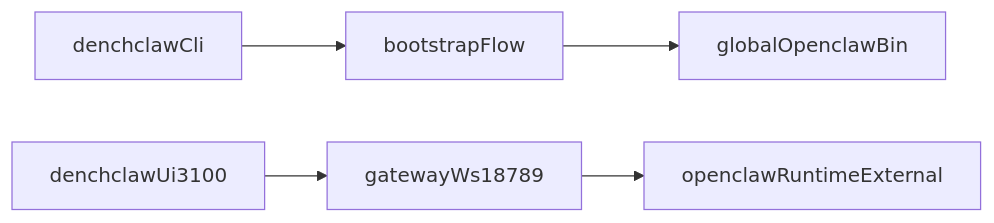
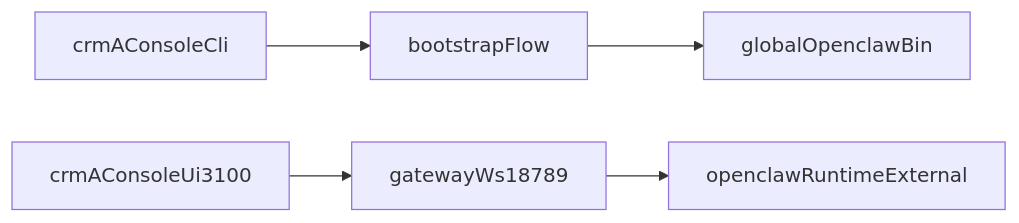
Before and after one commit to TopCS/crmaconsole: the diagram in .cursor/plans/strict-external-openclaw_7c0d1717.plan.md, drawn with Mermaid. The commit also changed other lines of this file and 388 other files, not shown here.

````diff
--- a/.cursor/plans/strict-external-openclaw_7c0d1717.plan.md
+++ b/.cursor/plans/strict-external-openclaw_7c0d1717.plan.md
@@ -50,7 +50,7 @@
 ```mermaid
 flowchart LR
-  denchclawCli[denchclawCli] --> bootstrap[bootstrapFlow]
+  crmAConsoleCli[crmAConsoleCli] --> bootstrap[bootstrapFlow]
   bootstrap --> openclawBin[globalOpenclawBin]
-  denchclawUi[denchclawUi3100] --> gatewayWs[gatewayWs18789]
+  crmAConsoleUi[crmAConsoleUi3100] --> gatewayWs[gatewayWs18789]
   gatewayWs --> openclawRuntime[openclawRuntimeExternal]
 ```
````
